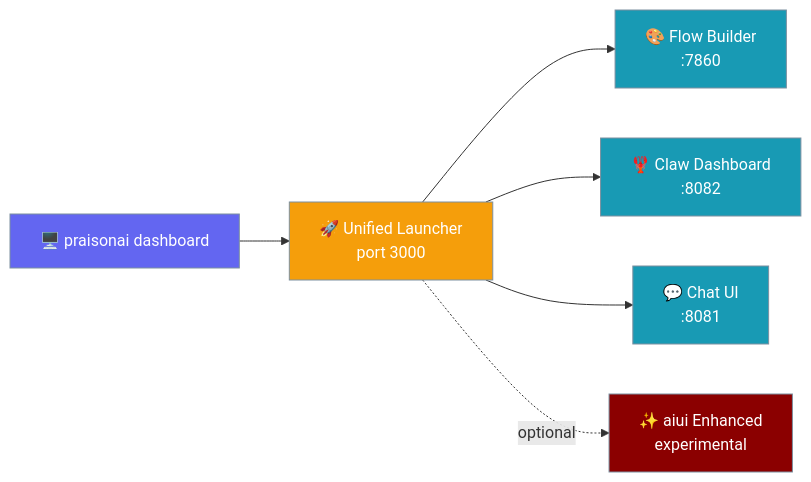
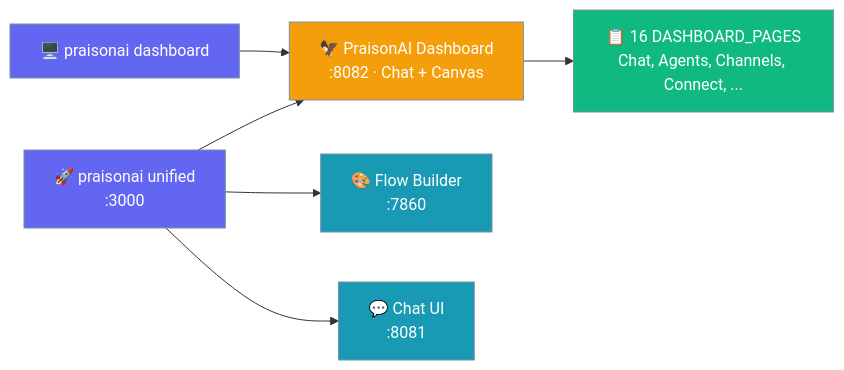
Before and after one commit to MervinPraison/PraisonAIDocs: the first of 3 diagrams in docs/cli/dashboard.mdx, drawn with Mermaid. The commit also changed other lines of this file and 7 other files, not shown here.

Commit message:
docs: unify PraisonAI 🦅 Dashboard, praisonai[dashboard], DASHBOARD_PAGES, auto-refresh app.py, SIGTERM shutdown, and aiui 0.3.172 (#5077)

````diff
--- a/docs/cli/dashboard.mdx
+++ b/docs/cli/dashboard.mdx
@@ -10,18 +10,18 @@
 ```mermaid
 graph LR
-    CLI[🖥️ praisonai dashboard] --> Launcher[🚀 Unified Launcher<br/>port 3000]
-    Launcher --> Flow[🎨 Flow Builder<br/>:7860]
-    Launcher --> Claw[🦞 Claw Dashboard<br/>:8082]
-    Launcher --> UI[💬 Chat UI<br/>:8081]
-    Launcher -.optional.-> AIUI[✨ aiui Enhanced<br/>experimental]
+    CLI[🖥️ praisonai dashboard] --> App[🦅 PraisonAI Dashboard<br/>:8082 · Chat + Canvas]
+    App --> Sidebar[📋 16 DASHBOARD_PAGES<br/>Chat, Agents, Channels, Connect, ...]
+    Unified[🚀 praisonai unified<br/>:3000] --> Flow[🎨 Flow Builder<br/>:7860]
+    Unified --> App
+    Unified --> UI[💬 Chat UI<br/>:8081]
 
     classDef input fill:#6366F1,stroke:#7C90A0,color:#fff
     classDef process fill:#F59E0B,stroke:#7C90A0,color:#fff
     classDef service fill:#189AB4,stroke:#7C90A0,color:#fff
-    classDef optional fill:#8B0000,stroke:#7C90A0,color:#fff
+    classDef ok fill:#10B981,stroke:#7C90A0,color:#fff
 
-    class CLI input
-    class Launcher process
-    class Flow,Claw,UI service
-    class AIUI optional
+    class CLI,Unified input
+    class App process
+    class Flow,UI service
+    class Sidebar ok
 ```
````
